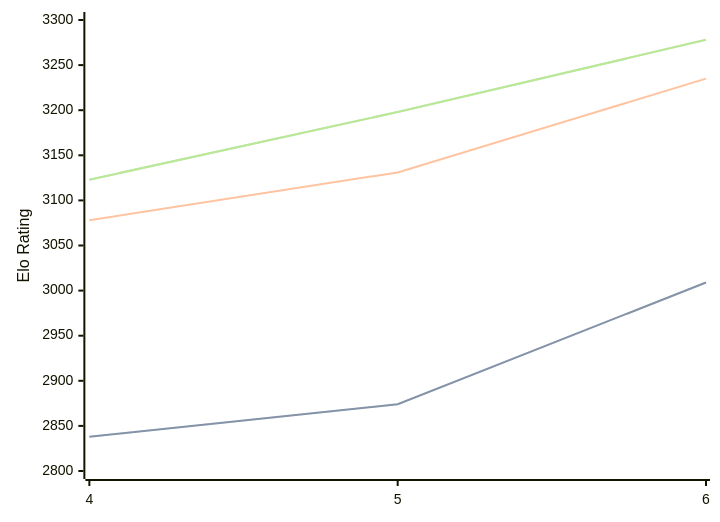
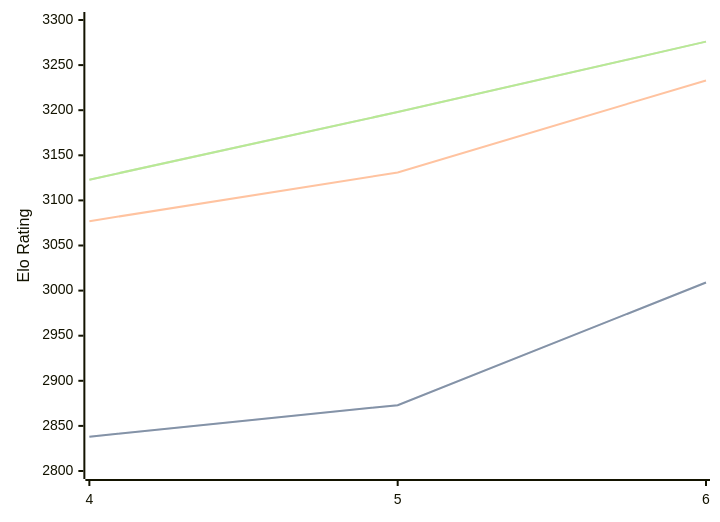
The diagram in engines/Cwtch.md (computer-chess-index/cci), drawn with Mermaid before and after one commit. The commit also changed other lines of this file, not shown here.

Commit message:
Update CCI Ratings (ELO VLTC) - 2026-08-02

````diff
--- a/engines/Cwtch.md
+++ b/engines/Cwtch.md
@@ -36,11 +36,11 @@
 ```mermaid
 %%{init: {"theme":"base","themeVariables":{"seriesColors:['#a3a3a3','#222221','#faa371']}}}%%
 xychart-beta
   x-axis ["4", "5", "6"]
   y-axis "Elo Rating" 2800 --> 3300
-  line "STC (8.0+0.08s)" [2838, 2874, 3009]
-  line "STC (8.0+0.08s)" [2838, 2874, 3009]
-  line "LTC (60.0+0.60s)" [3078, 3131, 3235]
-  line "VLTC (2m24s+1.12s)" [3123, 3198, 3278]
-  line "VLTC (2m24s+1.12s)" [3123, 3198, 3278]
+  line "STC (8.0+0.08s)" [2838, 2873, 3009]
+  line "STC (8.0+0.08s)" [2838, 2873, 3009]
+  line "LTC (60.0+0.60s)" [3077, 3131, 3233]
+  line "VLTC (2m24s+1.12s)" [3123, 3198, 3276]
+  line "VLTC (2m24s+1.12s)" [3123, 3198, 3276]
 ```
````
